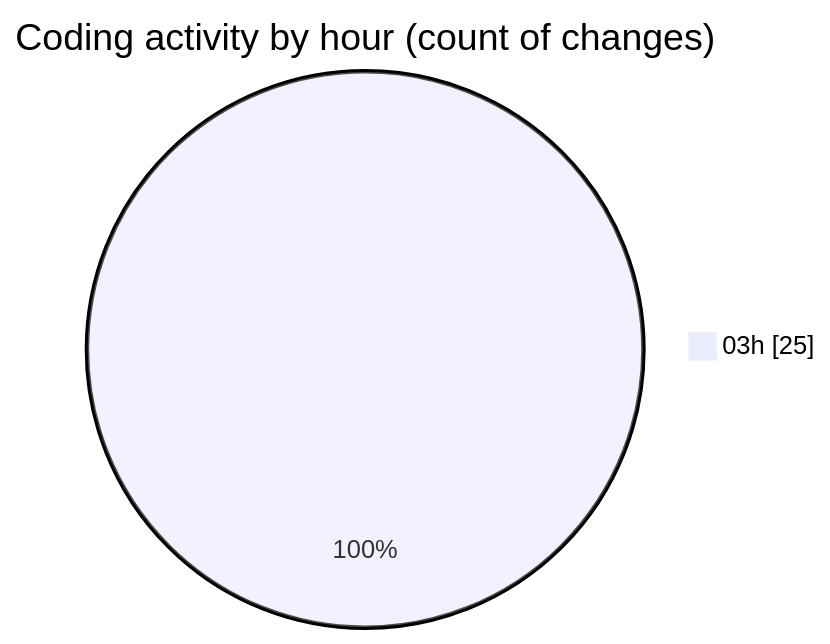
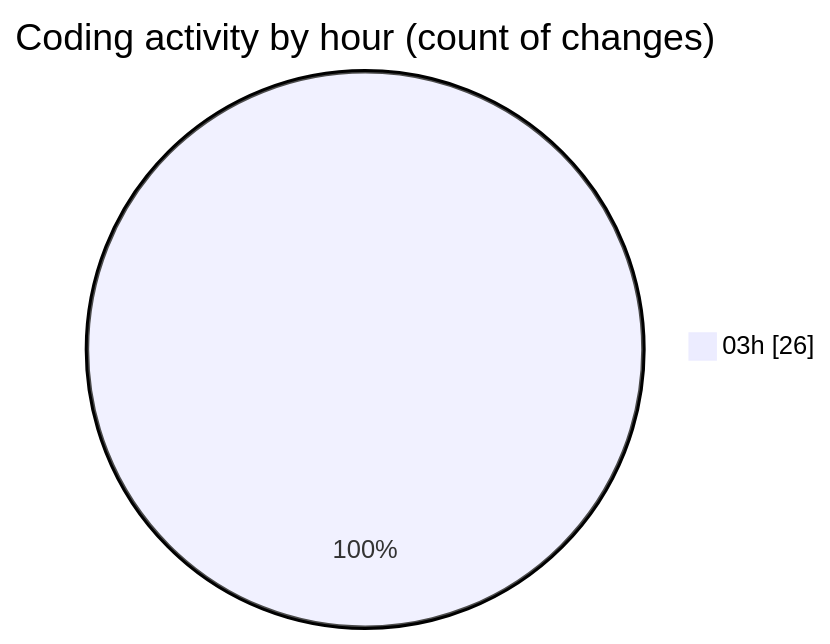
The second of 2 diagrams in 2025-01-02/maps_clone/README.md (donsfak/code-tracking), drawn with Mermaid before and after one commit. The commit also changed other lines of this file and 2 other files, not shown here.

````diff
--- a/2025-01-02/maps_clone/README.md
+++ b/2025-01-02/maps_clone/README.md
@@ -43,5 +43,5 @@
 ```mermaid
 pie showData
 title Coding activity by hour (count of changes)
-"03h" : 25
+"03h" : 26
 ```
````
